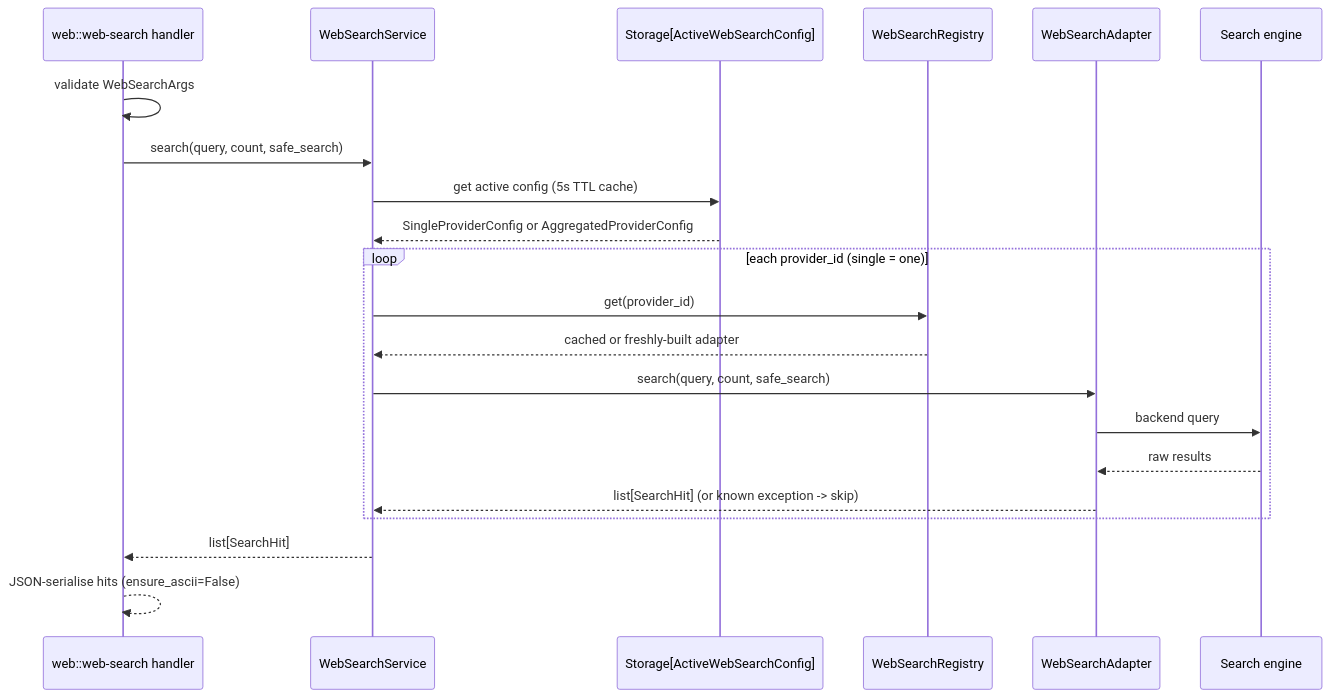
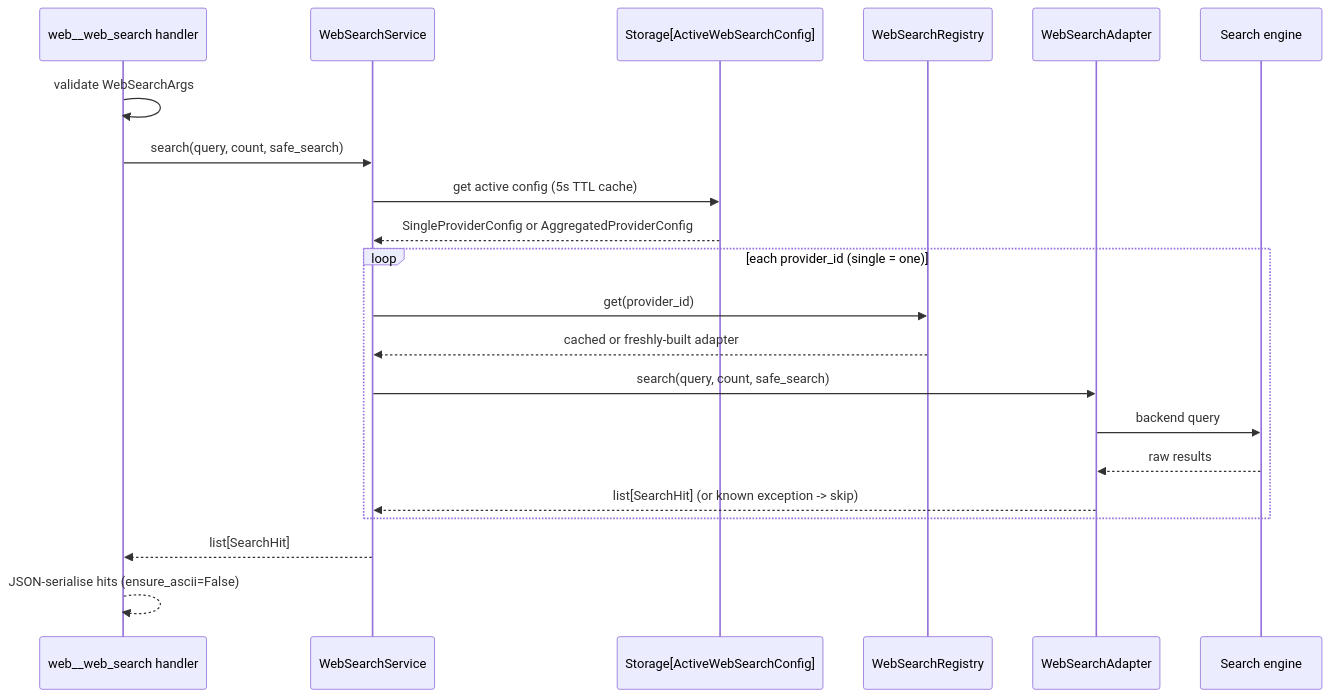
Before and after one commit to primerhq/primer: the second of 2 diagrams in docs/dev/subsystems/web-search.md, drawn with Mermaid. The commit also changed other lines of this file and 29 other files, not shown here.

First line of the commit message:
refactor(toolset): standardize web tool ids to underscore form

````diff
--- a/docs/dev/subsystems/web-search.md
+++ b/docs/dev/subsystems/web-search.md
@@ -164,24 +164,24 @@
 ```mermaid
 sequenceDiagram
-    participant Tool as web::web-search handler
+    participant Tool as web__web_search handler
     participant Service as WebSearchService
     participant Storage as Storage[ActiveWebSearchConfig]
     participant Registry as WebSearchRegistry
     participant Adapter as WebSearchAdapter
     participant Engine as Search engine
 
     Tool->>Tool: validate WebSearchArgs
     Tool->>Service: search(query, count, safe_search)
     Service->>Storage: get active config (5s TTL cache)
     Storage-->>Service: SingleProviderConfig or AggregatedProviderConfig
     loop each provider_id (single = one)
         Service->>Registry: get(provider_id)
         Registry-->>Service: cached or freshly-built adapter
         Service->>Adapter: search(query, count, safe_search)
         Adapter->>Engine: backend query
         Engine-->>Adapter: raw results
         Adapter-->>Service: list[SearchHit] (or known exception -> skip)
     end
     Service-->>Tool: list[SearchHit]
     Tool-->>Tool: JSON-serialise hits (ensure_ascii=False)
 ```
````
